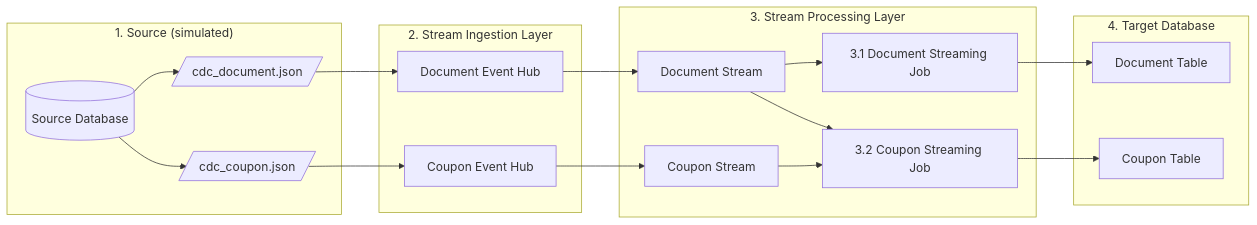
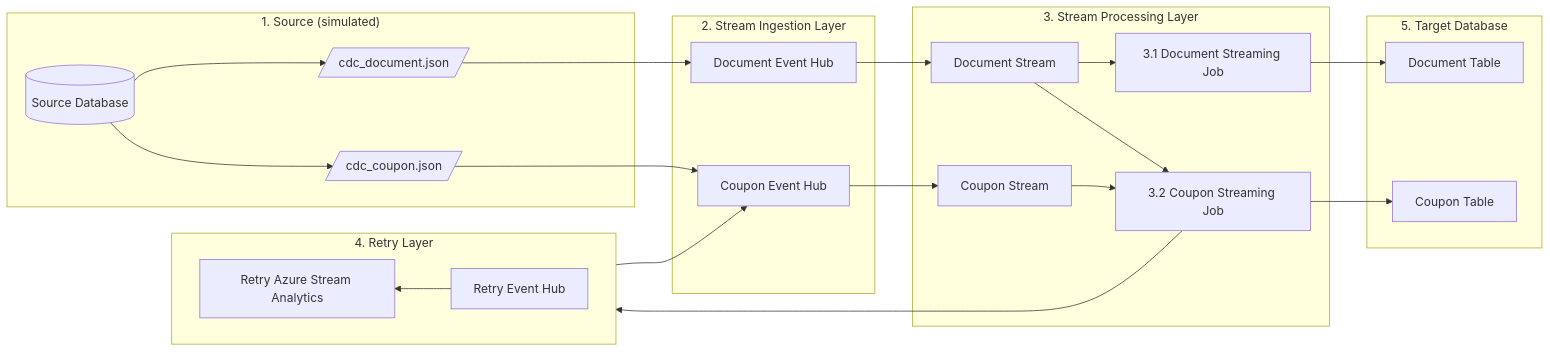
The diagram in README.md (matthewtatsch/azure-streaming-cdc-poc), drawn with Mermaid before and after one commit.

Commit message:
update diagram

````diff
--- a/README.md
+++ b/README.md
@@ -6,31 +6,39 @@
 ```mermaid
 flowchart LR
     subgraph "1. Source (simulated)"
         srcDB[("Source Database")]
         docJSON[/cdc_document.json/]
         coupJSON[/cdc_coupon.json/]
     end
     subgraph 2. Stream Ingestion Layer
         docEH[Document Event Hub]
         coupEH[Coupon Event Hub]
     end
     subgraph 3. Stream Processing Layer
         docStream[Document Stream]
         coupStream[Coupon Stream]
         docJob[3.1 Document Streaming Job]
         coupJob[3.2 Coupon Streaming Job]  
     end
-    subgraph 4. Target Database
+    subgraph 4. Retry Layer
+        direction RL
+        retryEH[Retry Event Hub]
+        retryASA[Retry Azure Stream Analytics]
+    end
+    subgraph 5. Target Database
         docTable[Document Table]
         coupTable[Coupon Table]
     end
     srcDB --> docJSON & coupJSON
     docJSON --> docEH
     coupJSON --> coupEH
     docEH --> docStream
     coupEH --> coupStream
     docStream --> docJob
+    coupJob --> retryEH
+    retryEH --> retryASA
+    retryASA --> coupEH
     docStream & coupStream --> coupJob
+    coupJob --> coupTable
     docJob --> docTable
-    coupJob --> coupTable
 ```
````
